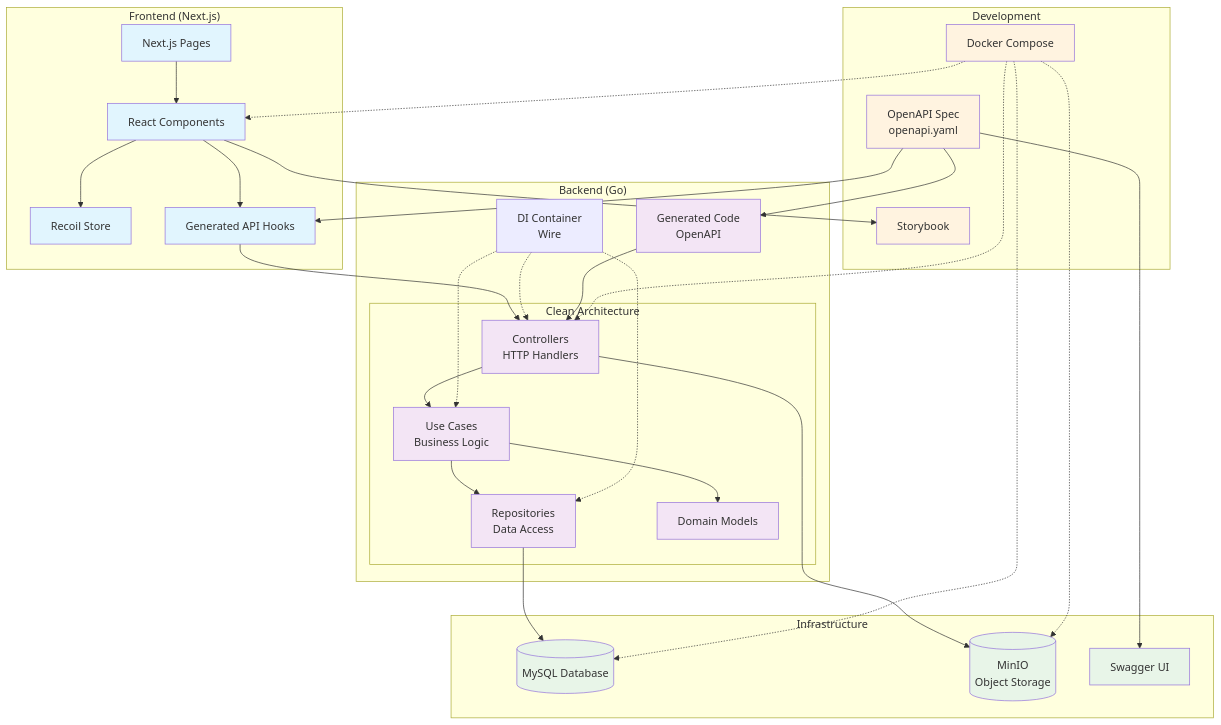
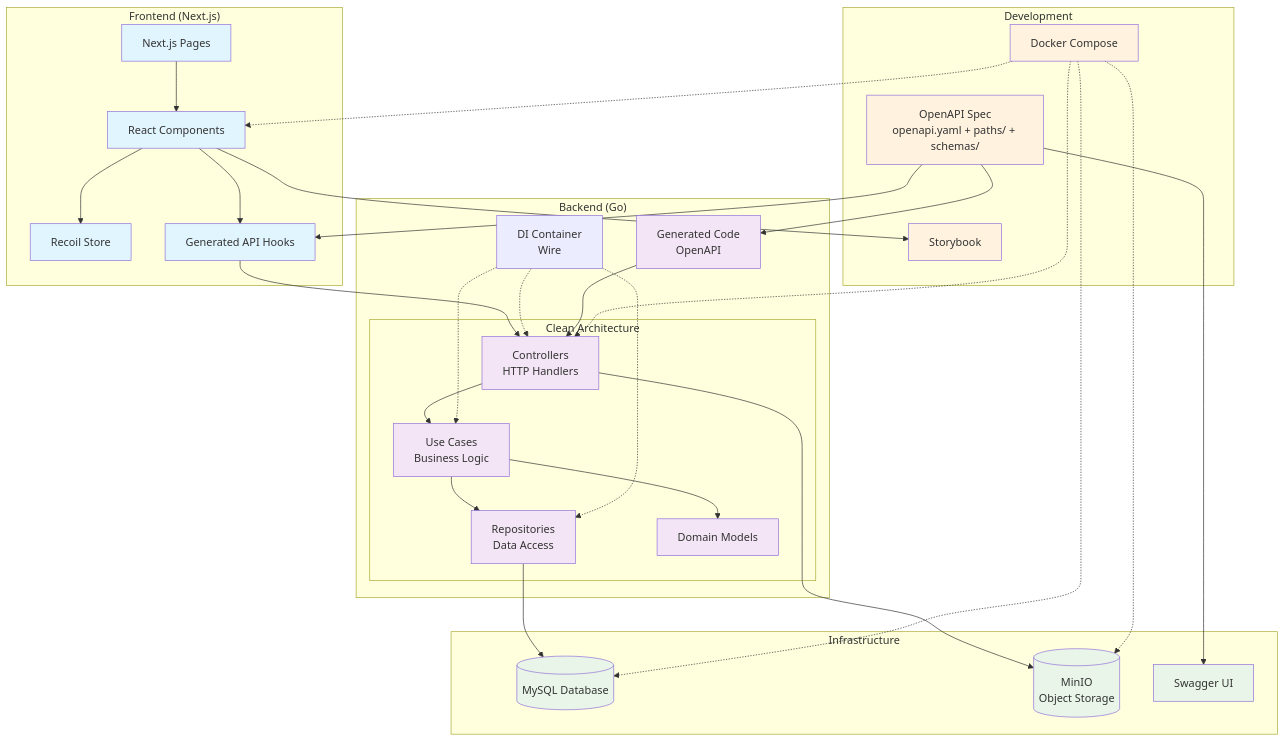
The diagram in README.md (NUTFes/FinanSu), drawn with Mermaid before and after one commit. The commit also changed other lines of this file and 184 other files, not shown here.

First line of the commit message:
refactor: split OpenAPI specification into domain-based files

````diff
--- a/README.md
+++ b/README.md
@@ -93,75 +93,75 @@
 ```mermaid
 graph TB
     subgraph "Frontend (Next.js)"
         UI[React Components]
         Store[Recoil Store]
         Hooks[Generated API Hooks]
         Pages[Next.js Pages]
     end
 
     subgraph "Backend (Go)"
         subgraph "Clean Architecture"
             Controllers[Controllers<br/>HTTP Handlers]
             UseCases[Use Cases<br/>Business Logic]
             Repositories[Repositories<br/>Data Access]
             Domain[Domain Models]
         end
         Generated[Generated Code<br/>OpenAPI]
         DI[DI Container<br/>Wire]
     end
 
     subgraph "Infrastructure"
         MySQL[(MySQL Database)]
         MinIO[(MinIO<br/>Object Storage)]
         Swagger[Swagger UI]
     end
 
     subgraph "Development"
-        OpenAPI[OpenAPI Spec<br/>openapi.yaml]
+        OpenAPI[OpenAPI Spec<br/>openapi.yaml + paths/ + schemas/]
         Docker[Docker Compose]
         Storybook[Storybook]
     end
 
     %% Frontend Flow
     UI --> Store
     UI --> Hooks
     Pages --> UI
     Hooks --> Controllers
 
     %% Backend Flow
     Controllers --> UseCases
     UseCases --> Repositories
     UseCases --> Domain
     Repositories --> MySQL
     Controllers --> MinIO
 
     %% Dependency Injection
     DI -.-> Controllers
     DI -.-> UseCases
     DI -.-> Repositories
 
     %% Code Generation
     OpenAPI --> Generated
     OpenAPI --> Hooks
     Generated --> Controllers
 
     %% Documentation
     OpenAPI --> Swagger
     UI --> Storybook
 
     %% Infrastructure
     Docker -.-> MySQL
     Docker -.-> MinIO
     Docker -.-> UI
     Docker -.-> Controllers
 
     classDef frontend fill:#e1f5fe
     classDef backend fill:#f3e5f5
     classDef infrastructure fill:#e8f5e8
     classDef development fill:#fff3e0
 
     class UI,Store,Hooks,Pages frontend
     class Controllers,UseCases,Repositories,Domain,Generated backend
     class MySQL,MinIO,Swagger infrastructure
     class OpenAPI,Docker,Storybook development
 ```
````
